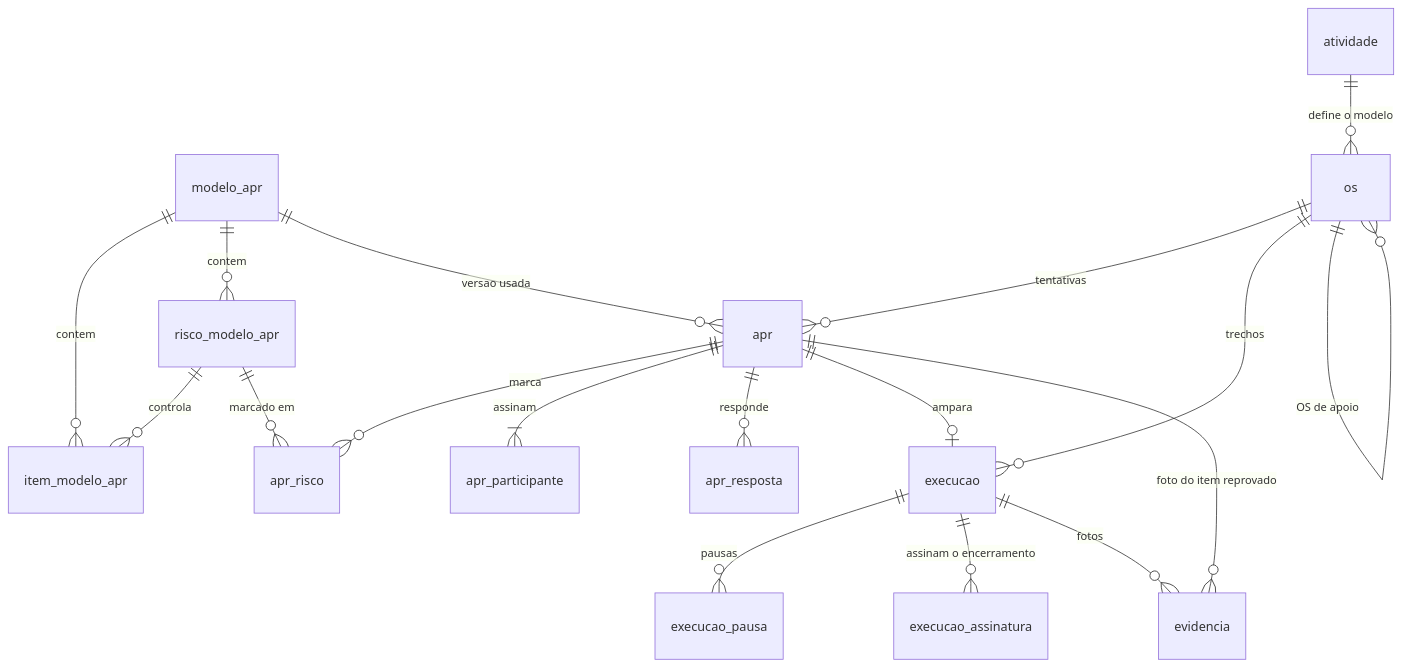
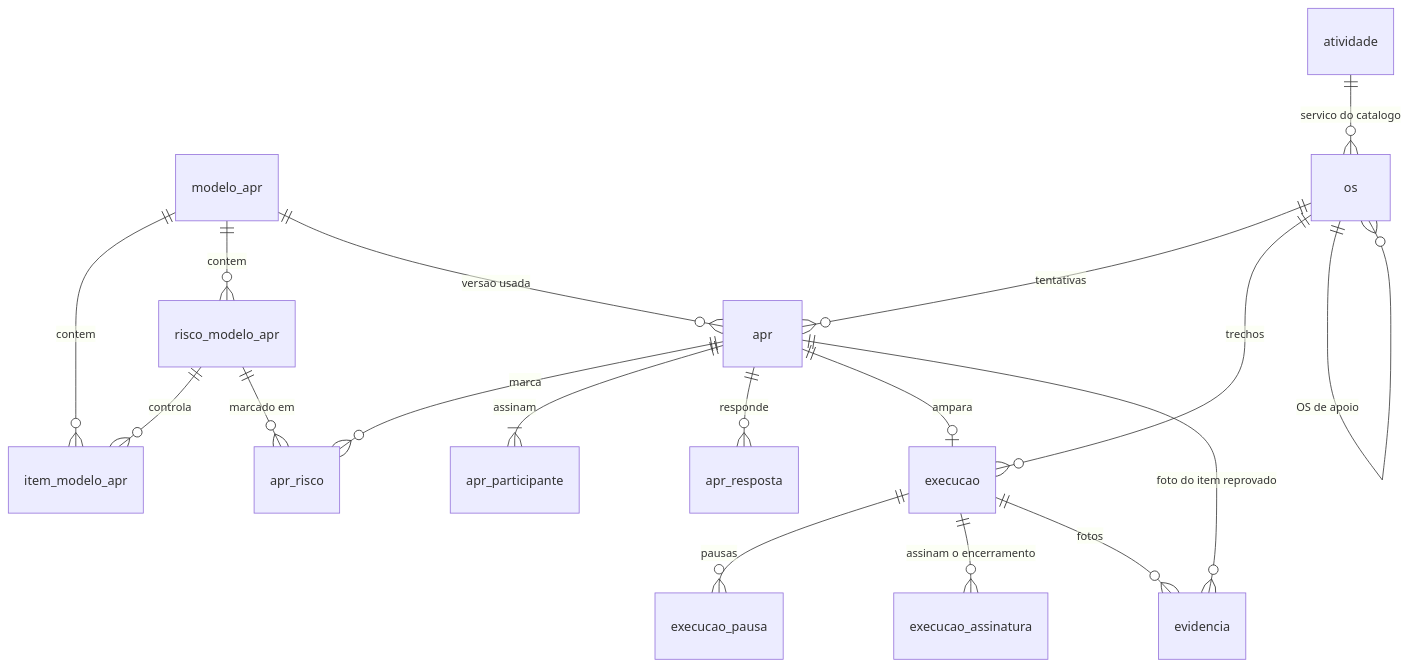
One commit to RenanFelliphe/D.A.P.R.O.M changed the third of 4 diagrams in base/.design/especificacao.md. Above: the diagram before and after it, drawn with Mermaid. The commit also changed other lines of this file and 11 other files, not shown here.

````diff
--- a/base/.design/especificacao.md
+++ b/base/.design/especificacao.md
@@ -800,20 +814,20 @@
 ```mermaid
 erDiagram
   modelo_apr ||--o{ item_modelo_apr : contem
   modelo_apr ||--o{ risco_modelo_apr : contem
   risco_modelo_apr ||--o{ item_modelo_apr : controla
   risco_modelo_apr ||--o{ apr_risco : "marcado em"
   apr ||--o{ apr_risco : marca
   modelo_apr ||--o{ apr : "versao usada"
-  atividade ||--o{ os : "define o modelo"
+  atividade ||--o{ os : "servico do catalogo"
   os ||--o{ apr : "tentativas"
   apr ||--|{ apr_participante : assinam
   apr ||--o{ apr_resposta : responde
   apr ||--o| execucao : ampara
   os ||--o{ execucao : "trechos"
   execucao ||--o{ execucao_pausa : pausas
   execucao ||--o{ execucao_assinatura : "assinam o encerramento"
   execucao ||--o{ evidencia : fotos
   apr ||--o{ evidencia : "foto do item reprovado"
   os ||--o{ os : "OS de apoio"
 ```
````
